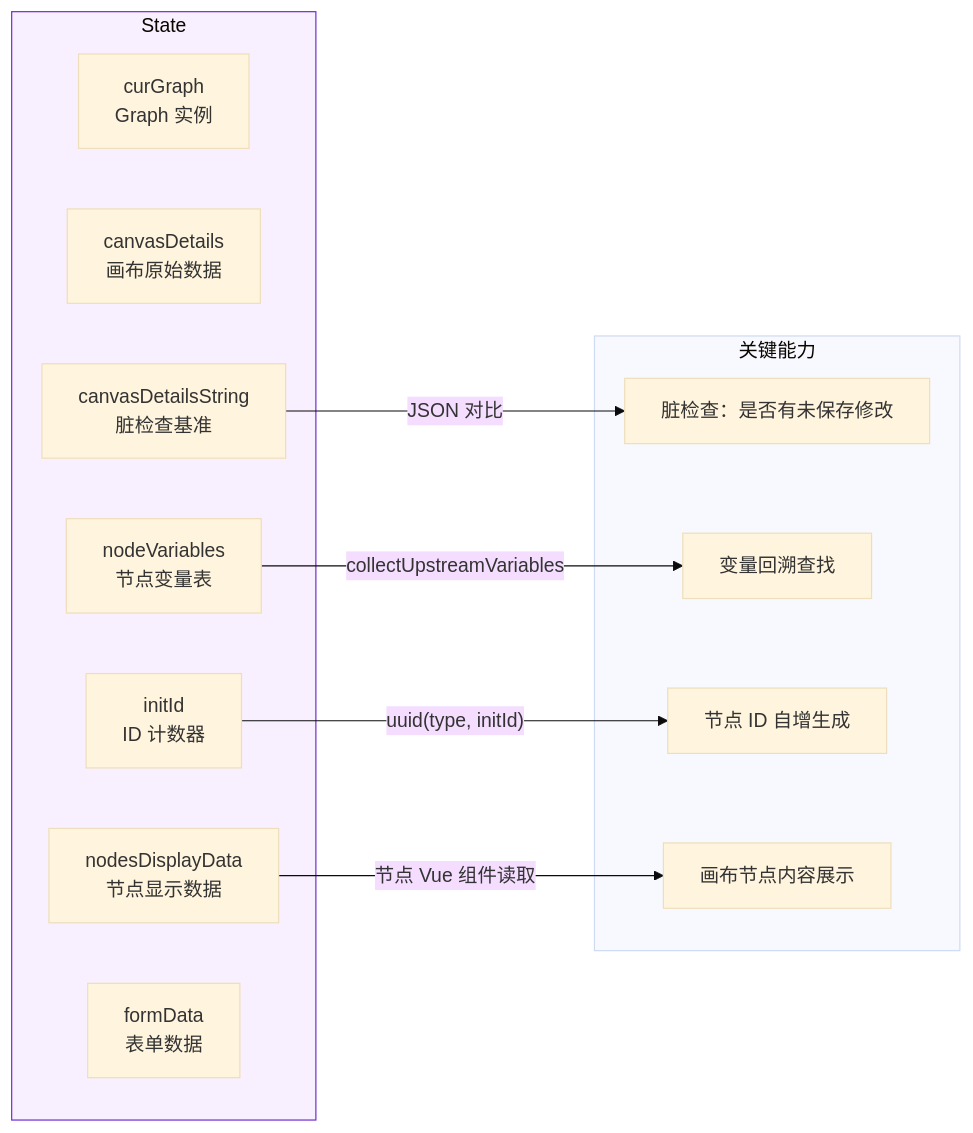
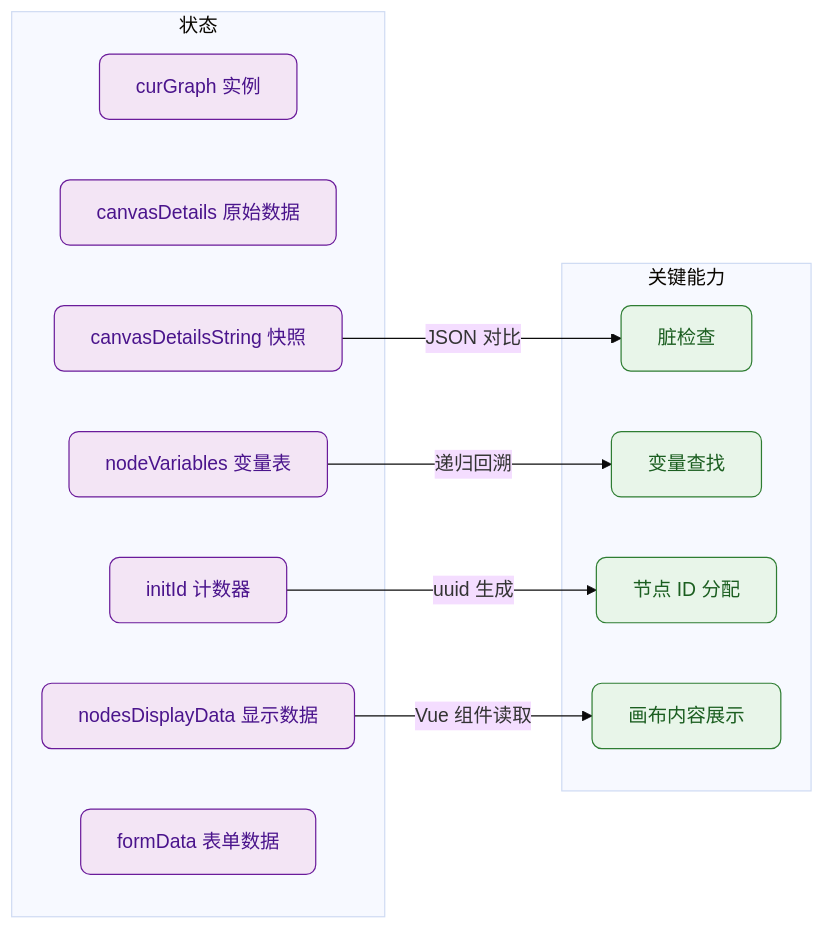
Before and after one commit to zhaoky/site: the tenth of 11 diagrams in docs/exp/javascript/107.md, drawn with Mermaid (base theme). The commit also changed other lines of this file, not shown here.

Commit message:
feat: 更新文档，重构架构图并增强层级分离描述

````diff
--- a/docs/exp/javascript/107.md
+++ b/docs/exp/javascript/107.md
@@ -488,21 +577,25 @@
 ```mermaid
 graph LR
-    subgraph State
-        S1["curGraph<br/>Graph 实例"]
-        S2["canvasDetails<br/>画布原始数据"]
-        S3["canvasDetailsString<br/>脏检查基准"]
-        S4["nodeVariables<br/>节点变量表"]
-        S5["nodesDisplayData<br/>节点显示数据"]
-        S6["initId<br/>ID 计数器"]
-        S7["formData<br/>表单数据"]
+    classDef state fill:#F3E5F5,stroke:#6A1B9A,rx:8,color:#4A148C
+    classDef ability fill:#E8F5E9,stroke:#2E7D32,rx:8,color:#1B5E20
+
+    subgraph STATE["状态"]
+        S1["curGraph 实例"]
+        S2["canvasDetails 原始数据"]
+        S3["canvasDetailsString 快照"]
+        S4["nodeVariables 变量表"]
+        S5["nodesDisplayData 显示数据"]
+        S6["initId 计数器"]
+        S7["formData 表单数据"]
     end
 
-    subgraph 关键能力
-        S3 -->|"JSON 对比"| Dirty["脏检查：是否有未保存修改"]
-        S4 -->|"collectUpstreamVariables"| Var["变量回溯查找"]
-        S6 -->|"uuid(type, initId)"| ID["节点 ID 自增生成"]
-        S5 -->|"节点 Vue 组件读取"| Display["画布节点内容展示"]
+    subgraph ABILITY["关键能力"]
+        S3 -->|"JSON 对比"| Dirty["脏检查"]
+        S4 -->|"递归回溯"| Var["变量查找"]
+        S6 -->|"uuid 生成"| ID["节点 ID 分配"]
+        S5 -->|"Vue 组件读取"| Display["画布内容展示"]
     end
 
-    style State fill:#f9f0ff,stroke:#722ed1
+    class S1,S2,S3,S4,S5,S6,S7 state
+    class Dirty,Var,ID,Display ability
 ```
````
